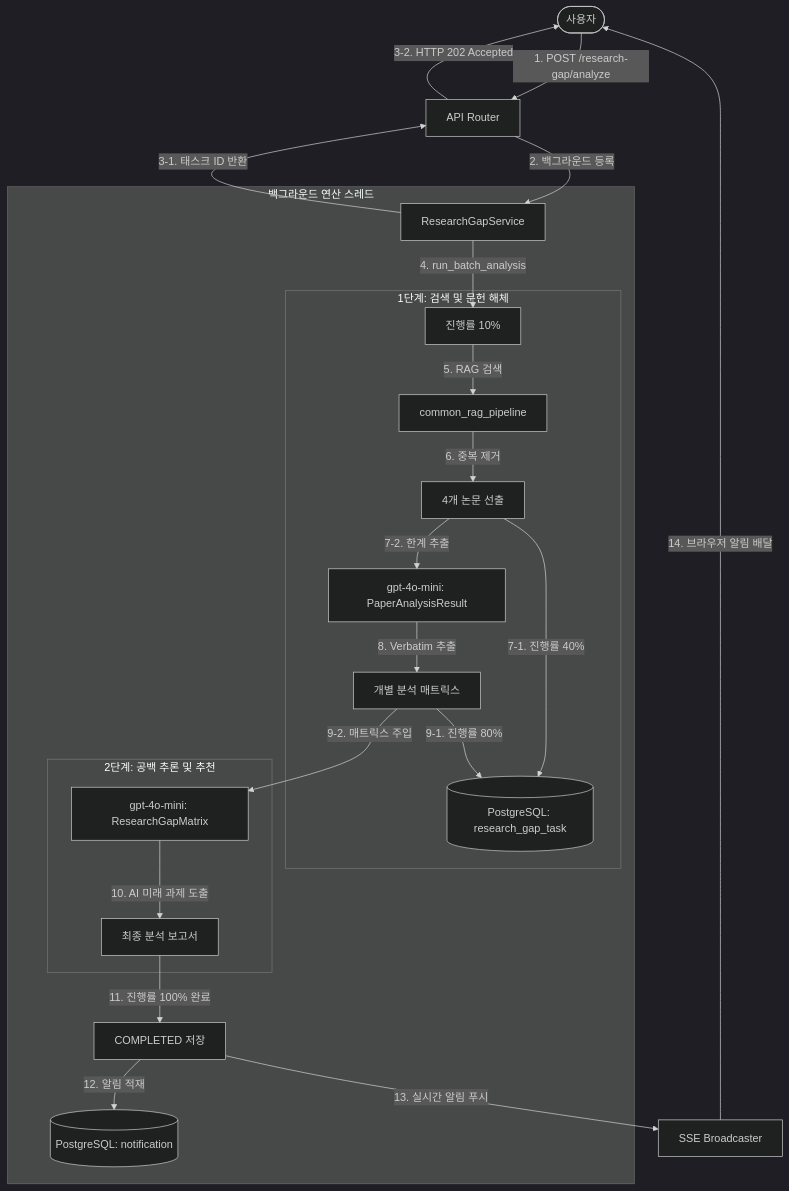
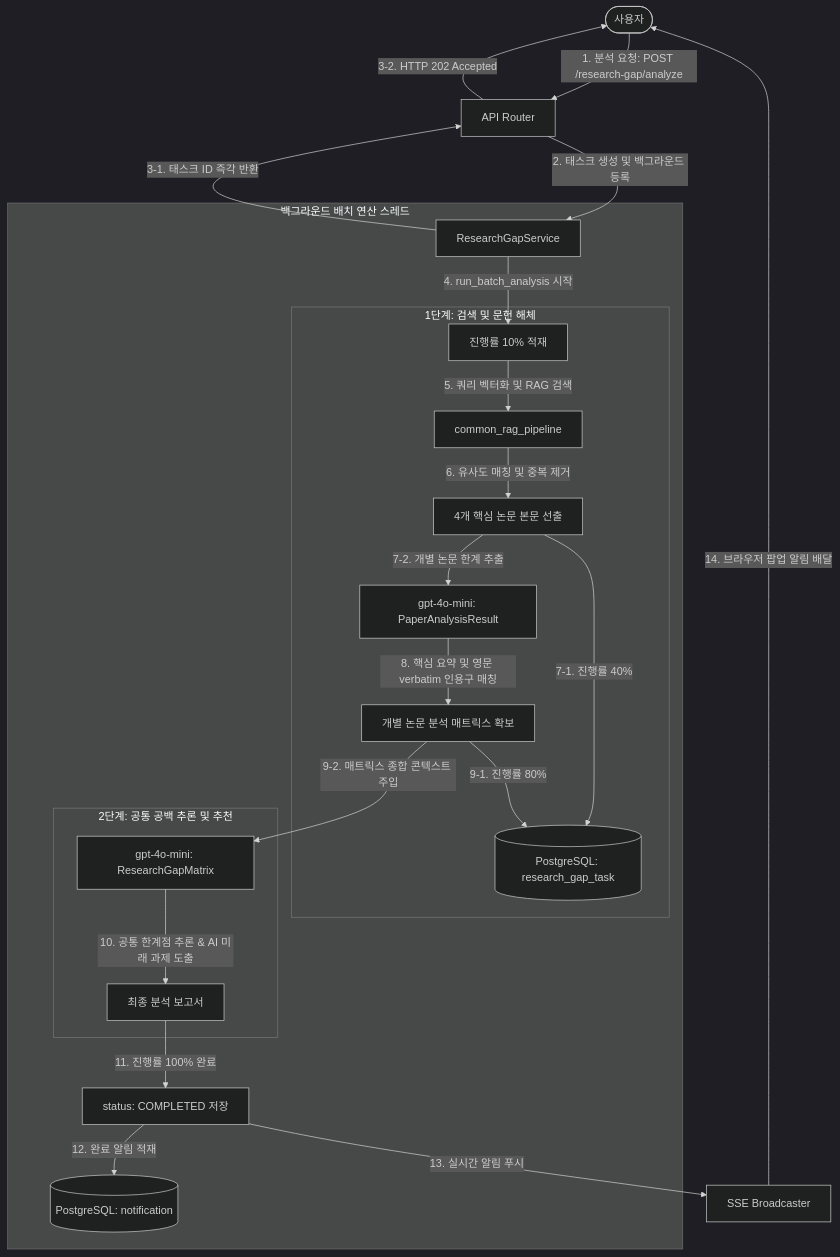
One commit to bist-mini-2/bist-mini-2 changed the first of 2 diagrams in docs/deliverables/4th/research-gap-analyzer.md. Above: the diagram before and after it, drawn with Mermaid (dark theme). The commit also changed 12 other files, not shown here.

Commit message:
docs: render and update all system mermaid diagrams into high-quality PNGs

````diff
--- a/docs/deliverables/4th/research-gap-analyzer.md
+++ b/docs/deliverables/4th/research-gap-analyzer.md
@@ -40,31 +40,31 @@
 ```mermaid
 graph TD
-    User([사용자]) -->|1. POST /research-gap/analyze| Router[API Router]
-    Router -->|2. 백그라운드 등록| Service[ResearchGapService]
-    Service -->|3-1. 태스크 ID 반환| Router
+    User([사용자]) -->|1. 분석 요청: POST /research-gap/analyze| Router[API Router]
+    Router -->|2. 태스크 생성 및 백그라운드 등록| Service[ResearchGapService]
+    Service -->|3-1. 태스크 ID 즉각 반환| Router
     Router -->|3-2. HTTP 202 Accepted| User
     
-    subgraph Background_Worker_Thread [백그라운드 연산 스레드]
-        Service -->|4. run_batch_analysis| TaskState[진행률 10%]
+    subgraph Background_Worker_Thread [백그라운드 배치 연산 스레드]
+        Service -->|4. run_batch_analysis 시작| TaskState[진행률 10% 적재]
         
         subgraph Stage_1_Retrieval_and_Analysis [1단계: 검색 및 문헌 해체]
-            TaskState -->|5. RAG 검색| common_rag_pipeline
-            common_rag_pipeline -->|6. 중복 제거| TargetPapers[4개 논문 선출]
+            TaskState -->|5. 쿼리 벡터화 및 RAG 검색| common_rag_pipeline
+            common_rag_pipeline -->|6. 유사도 매칭 및 중복 제거| TargetPapers[4개 핵심 논문 본문 선출]
             TargetPapers -->|7-1. 진행률 40%| DBTask[(PostgreSQL: research_gap_task)]
-            TargetPapers -->|7-2. 한계 추출| LLMAnalys[gpt-4o-mini: PaperAnalysisResult]
-            LLMAnalys -->|8. Verbatim 추출| TempMatrix[개별 분석 매트릭스]
+            TargetPapers -->|7-2. 개별 논문 한계 추출| LLMAnalys[gpt-4o-mini: PaperAnalysisResult]
+            LLMAnalys -->|8. 핵심 요약 및 영문 verbatim 인용구 매칭| TempMatrix[개별 논문 분석 매트릭스 확보]
         end
         
-        subgraph Stage_2_Matrix_Synthesis [2단계: 공백 추론 및 추천]
+        subgraph Stage_2_Matrix_Synthesis [2단계: 공통 공백 추론 및 추천]
             TempMatrix -->|9-1. 진행률 80%| DBTask
-            TempMatrix -->|9-2. 매트릭스 주입| LLMSynth[gpt-4o-mini: ResearchGapMatrix]
-            LLMSynth -->|10. AI 미래 과제 도출| FinalReport[최종 분석 보고서]
+            TempMatrix -->|9-2. 매트릭스 종합 콘텍스트 주입| LLMSynth[gpt-4o-mini: ResearchGapMatrix]
+            LLMSynth -->|10. 공통 한계점 추론 & AI 미래 과제 도출| FinalReport[최종 분석 보고서]
         end
         
-        FinalReport -->|11. 진행률 100% 완료| TaskComplete[COMPLETED 저장]
-        TaskComplete -->|12. 알림 적재| DBNotif[(PostgreSQL: notification)]
+        FinalReport -->|11. 진행률 100% 완료| TaskComplete[status: COMPLETED 저장]
+        TaskComplete -->|12. 완료 알림 적재| DBNotif[(PostgreSQL: notification)]
     end
     
     TaskComplete -->|13. 실시간 알림 푸시| SSE[SSE Broadcaster]
-    SSE -->|14. 브라우저 알림 배달| User
+    SSE -->|14. 브라우저 팝업 알림 배달| User
 ```
````
